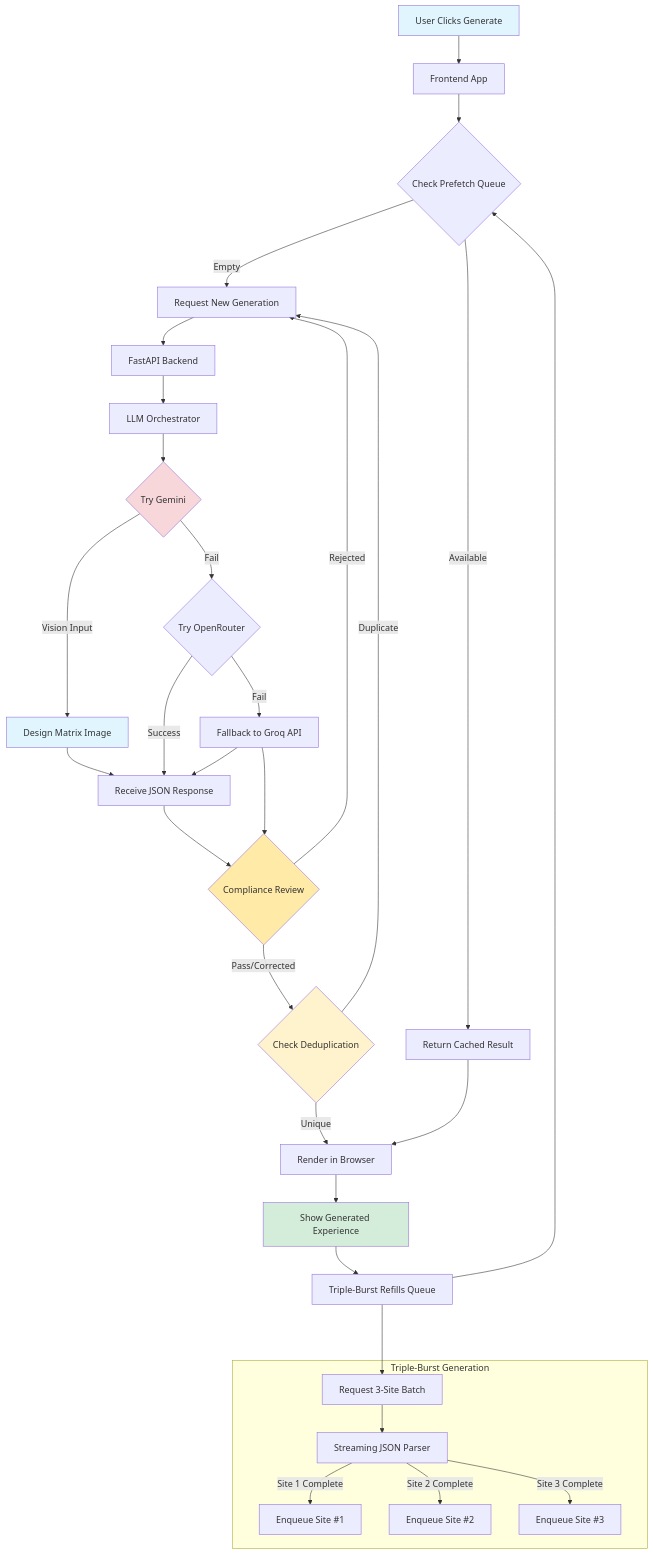
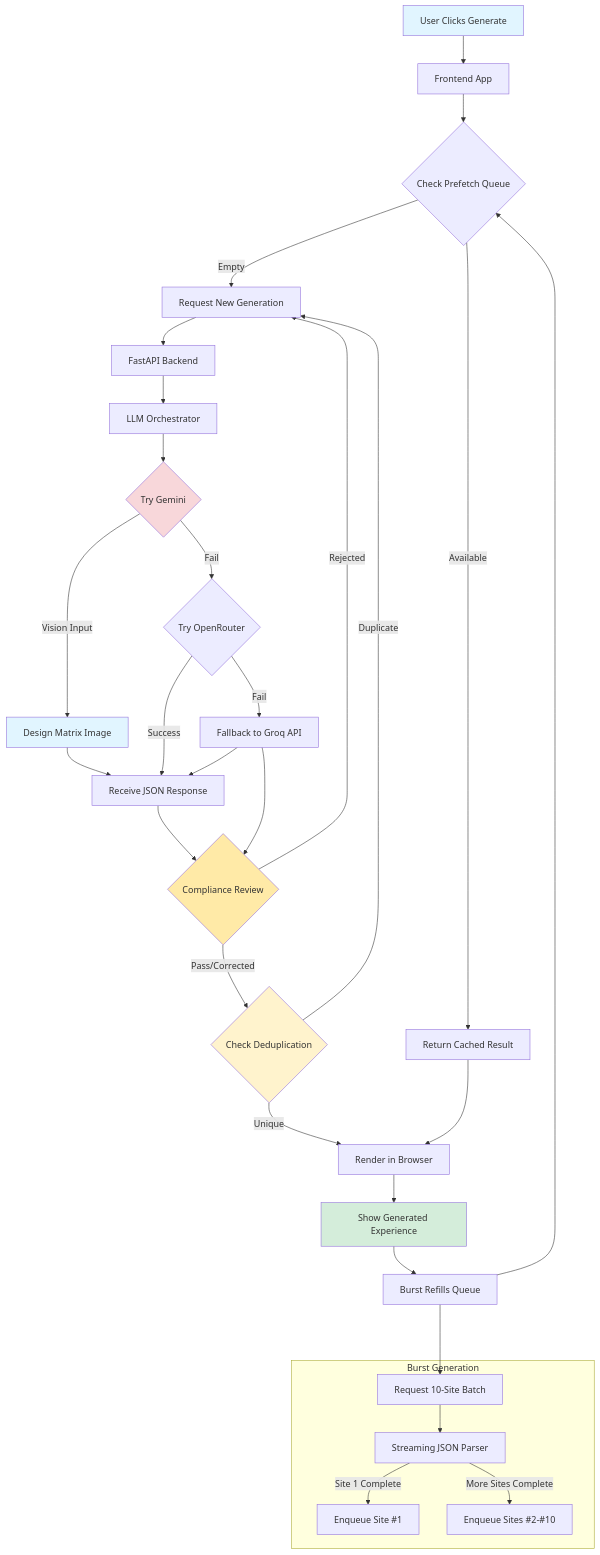
The diagram in README.md (lesprgm/Roulette), drawn with Mermaid before and after one commit. The commit also changed other lines of this file and 10 other files, not shown here.

````diff
--- a/README.md
+++ b/README.md
@@ -54,46 +54,44 @@
 ```mermaid
 graph TD
     A[User Clicks Generate] --> B[Frontend App]
     B --> C{Check Prefetch Queue}
     C -->|Available| D[Return Cached Result]
     C -->|Empty| E[Request New Generation]
     E --> F[FastAPI Backend]
     F --> G[LLM Orchestrator]
     G --> H{Try Gemini}
     H -->|Vision Input| H2[Design Matrix Image]
     H2 --> I[Receive JSON Response]
     H -->|Fail| J{Try OpenRouter}
     J -->|Success| I
     J -->|Fail| K[Fallback to Groq API]
     K --> I
     I --> L[Normalize & Validate]
     K --> L{Compliance Review}
     L -->|Pass/Corrected| M{Check Deduplication}
     L -->|Rejected| E
     M -->|Unique| N[Render in Browser]
     M -->|Duplicate| E
     N --> O[Show Generated Experience]
-    O --> P[Triple-Burst Refills Queue]
+    O --> P[Burst Refills Queue]
     P --> C
     D --> N
 
-    subgraph Triple-Burst Generation
-    P1[Request 3-Site Batch]
+    subgraph Burst Generation
+    P1[Request 10-Site Batch]
     P2[Streaming JSON Parser]
     P3[Enqueue Site #1]
-    P4[Enqueue Site #2]
-    P5[Enqueue Site #3]
+    P4[Enqueue Sites #2-#10]
     P1 --> P2
     P2 -->|Site 1 Complete| P3
-    P2 -->|Site 2 Complete| P4
-    P2 -->|Site 3 Complete| P5
+    P2 -->|More Sites Complete| P4
     end
     P ---> P1
 
     style A fill:#e1f5ff
     style O fill:#d4edda
     style L fill:#ffeaa7
     style M fill:#fff3cd
     style H fill:#f8d7da
     style H2 fill:#e1f5ff
 ```
````
